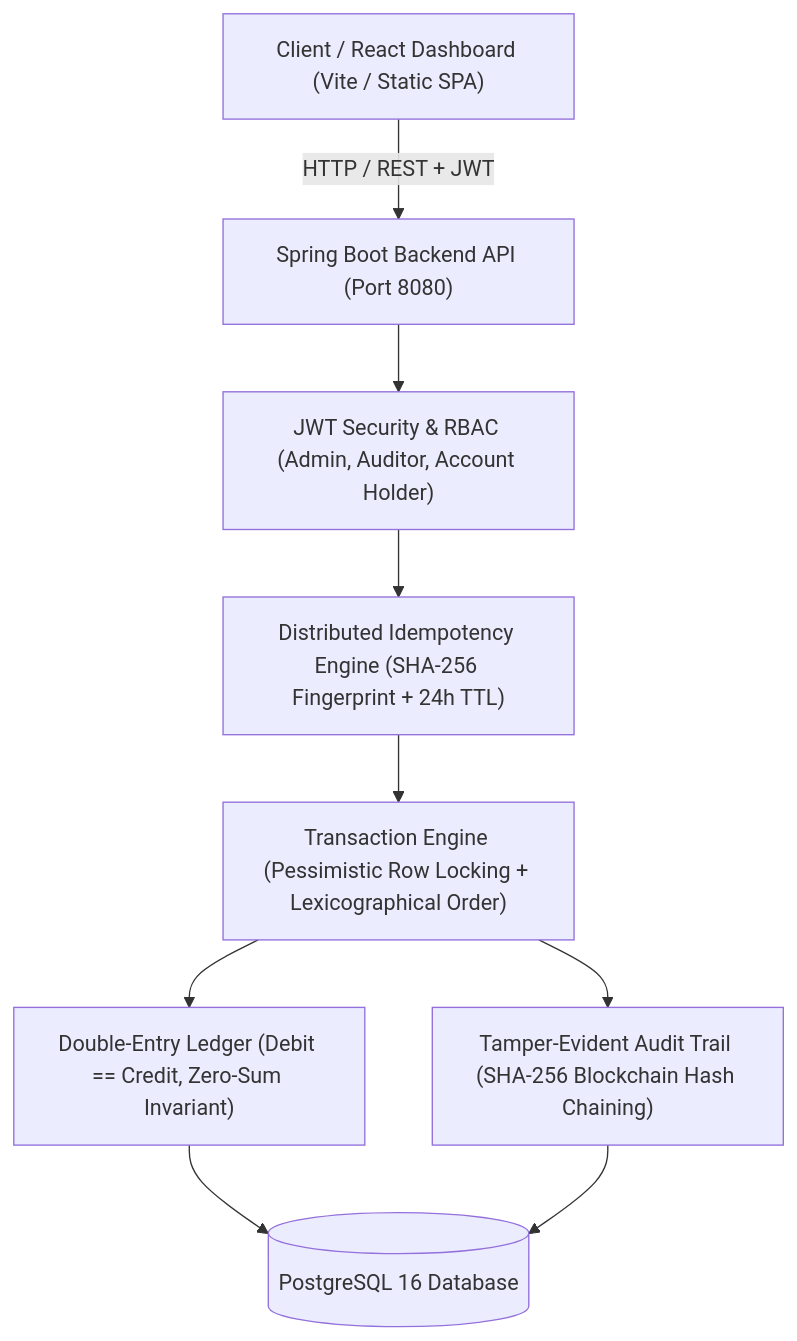
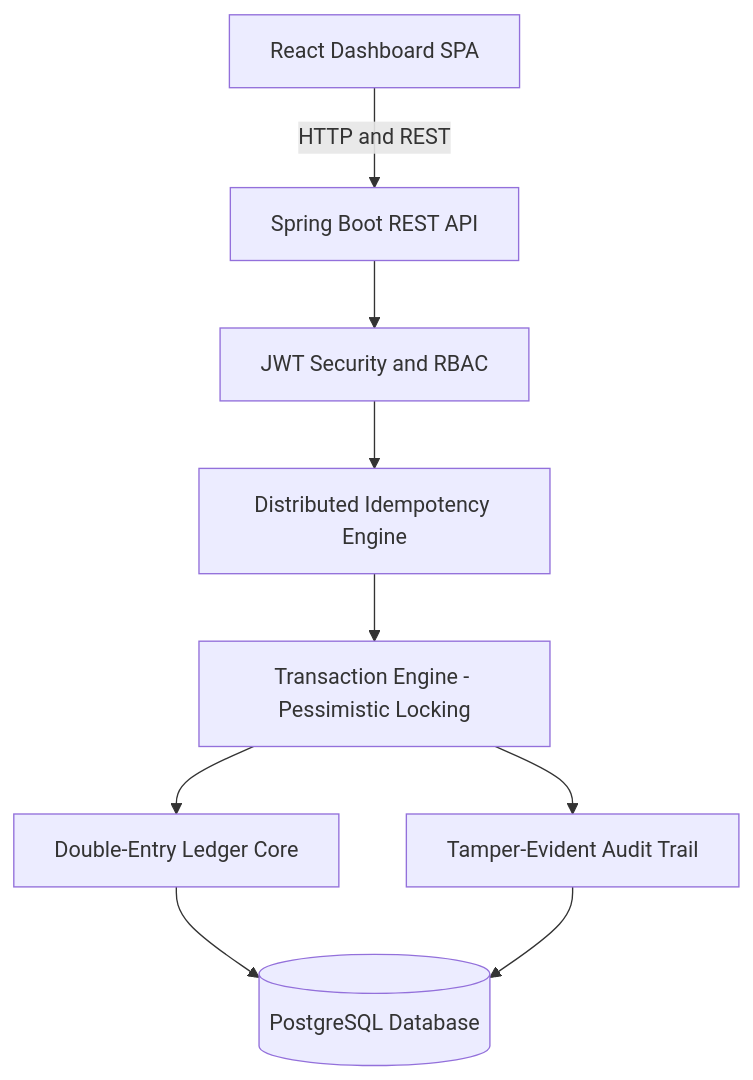
Before and after one commit to g-Jhansi/LedgerLine: the diagram in README.md, drawn with Mermaid. The commit also changed 2 other files, not shown here.

Commit message:
fix(docs): fix Mermaid diagram syntax for GitHub Markdown rendering

````diff
--- a/README.md
+++ b/README.md
@@ -21,20 +21,20 @@
 ```mermaid
-flowchart TD
-    Client["Client / React Dashboard (Vite / Static SPA)"]
-    API["Spring Boot Backend API (Port 8080)"]
-    Auth["JWT Security & RBAC (Admin, Auditor, Account Holder)"]
-    Idemp["Distributed Idempotency Engine (SHA-256 Fingerprint + 24h TTL)"]
-    TxSvc["Transaction Engine (Pessimistic Row Locking + Lexicographical Order)"]
-    Ledger["Double-Entry Ledger (Debit == Credit, Zero-Sum Invariant)"]
-    Audit["Tamper-Evident Audit Trail (SHA-256 Blockchain Hash Chaining)"]
-    DB[("PostgreSQL 16 Database")]
+graph TD
+    Client[React Dashboard SPA]
+    API[Spring Boot REST API]
+    Auth[JWT Security and RBAC]
+    Idemp[Distributed Idempotency Engine]
+    TxSvc[Transaction Engine - Pessimistic Locking]
+    Ledger[Double-Entry Ledger Core]
+    Audit[Tamper-Evident Audit Trail]
+    DB[(PostgreSQL Database)]
 
-    Client -->|HTTP / REST + JWT| API
+    Client -->|HTTP and REST| API
     API --> Auth
     Auth --> Idemp
     Idemp --> TxSvc
     TxSvc --> Ledger
     Ledger --> DB
     TxSvc --> Audit
     Audit --> DB
 ```
````
